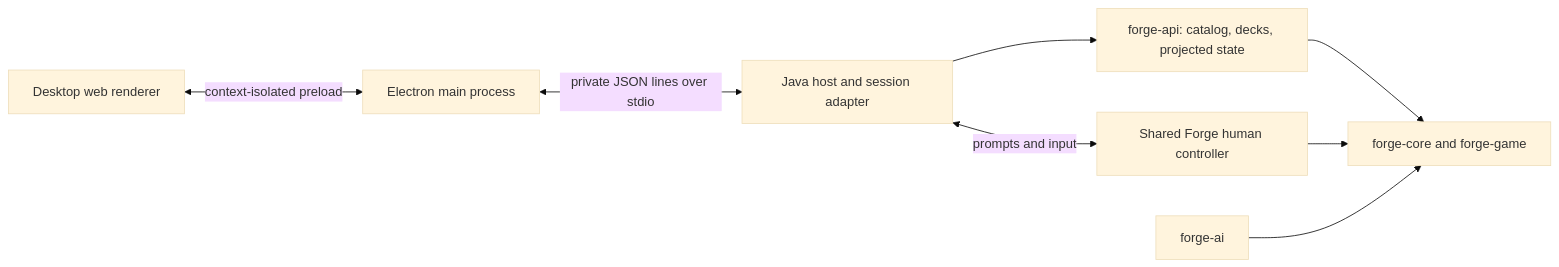
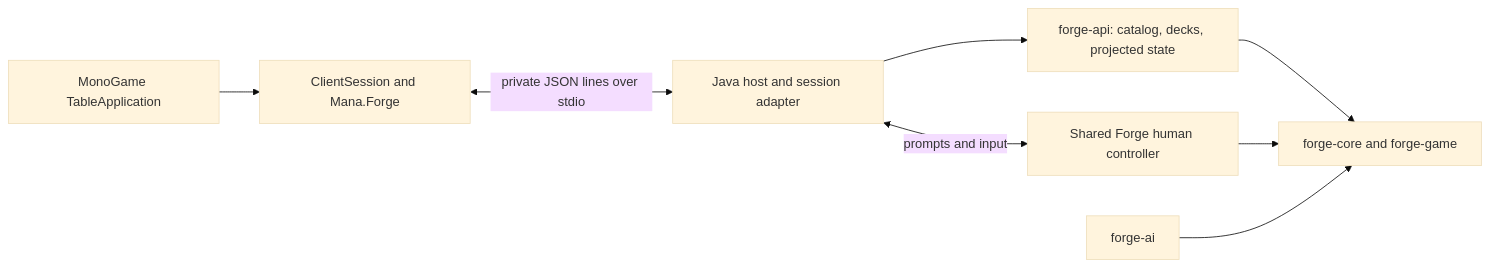
One commit to proflayton/Mana-Table changed the diagram in forge-api/README.md. Above: the diagram before and after it, drawn with Mermaid (base theme). The commit also changed other lines of this file and 156 other files, not shown here.

Commit message:
Retire Electron client and redundant desktop CI

````diff
--- a/forge-api/README.md
+++ b/forge-api/README.md
@@ -355,10 +352,10 @@
 ```mermaid
 flowchart LR
-    UI[Desktop web renderer] <-->|context-isolated preload| Desktop[Electron main process]
-    Desktop <-->|private JSON lines over stdio| Host[Java host and session adapter]
+    UI[MonoGame TableApplication] --> Client[ClientSession and Mana.Forge]
+    Client <-->|private JSON lines over stdio| Host[Java host and session adapter]
     Host --> API[forge-api: catalog, decks, projected state]
     Host <-->|prompts and input| GUI[Shared Forge human controller]
     API --> Engine[forge-core and forge-game]
     GUI --> Engine
     AI[forge-ai] --> Engine
 ```
````
